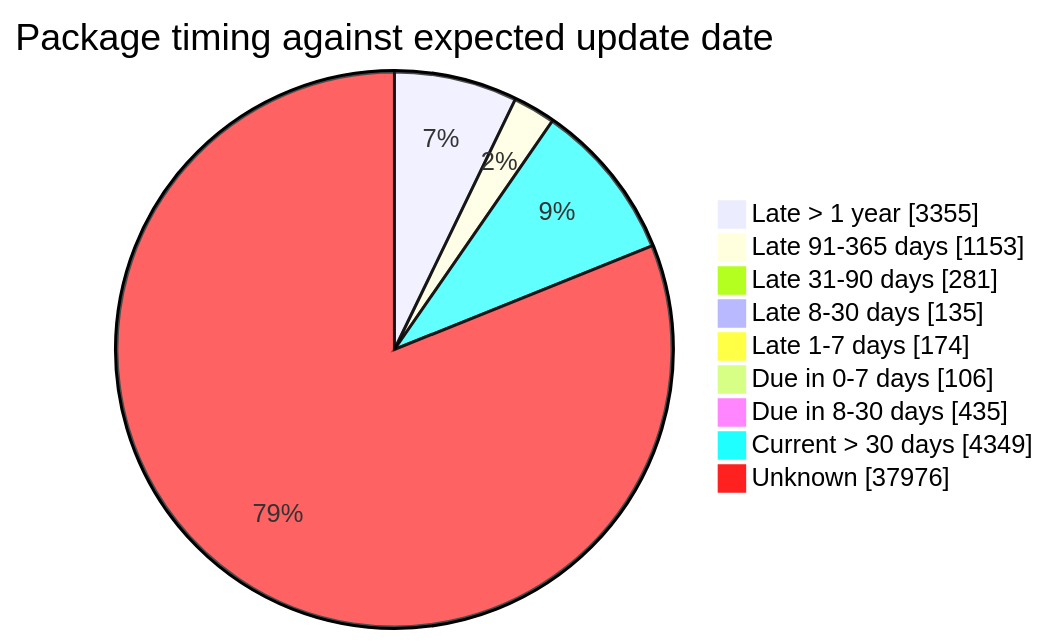
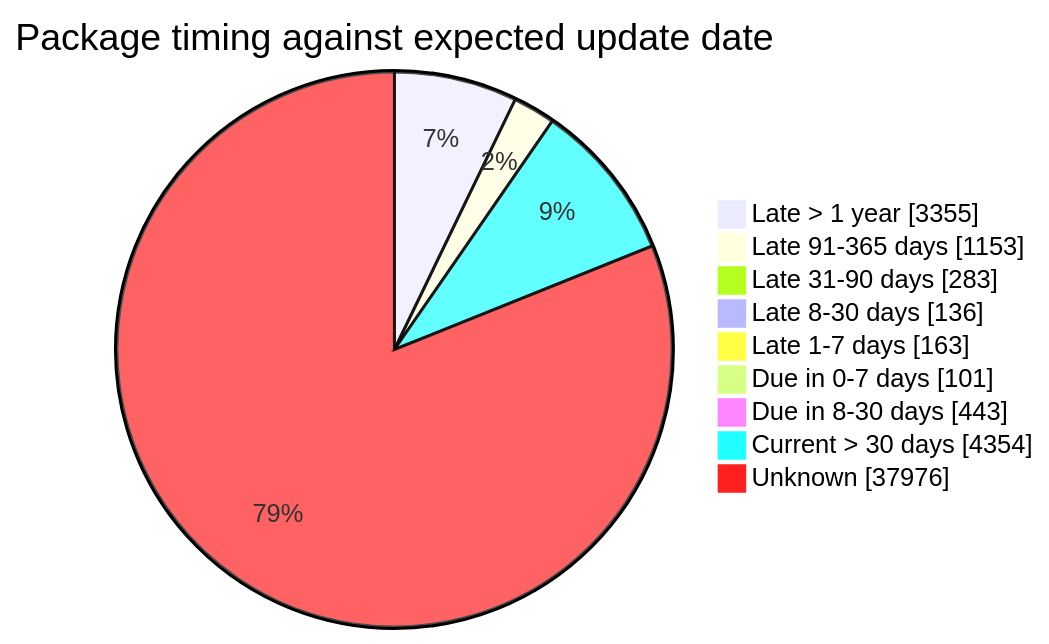
Before and after one commit to open-data/analytics-corporate-reporting: the fourth of 5 diagrams in FreshCheck/README.md, drawn with Mermaid. The commit also changed other lines of this file and 3 other files, not shown here.

````diff
--- a/FreshCheck/README.md
+++ b/FreshCheck/README.md
@@ -86,12 +86,12 @@
 ```mermaid
 pie showData title Package timing against expected update date
     "Late > 1 year": 3355
     "Late 91-365 days": 1153
-    "Late 31-90 days": 281
-    "Late 8-30 days": 135
-    "Late 1-7 days": 174
-    "Due in 0-7 days": 106
-    "Due in 8-30 days": 435
-    "Current > 30 days": 4349
+    "Late 31-90 days": 283
+    "Late 8-30 days": 136
+    "Late 1-7 days": 163
+    "Due in 0-7 days": 101
+    "Due in 8-30 days": 443
+    "Current > 30 days": 4354
     "Unknown": 37976
 ```
````
